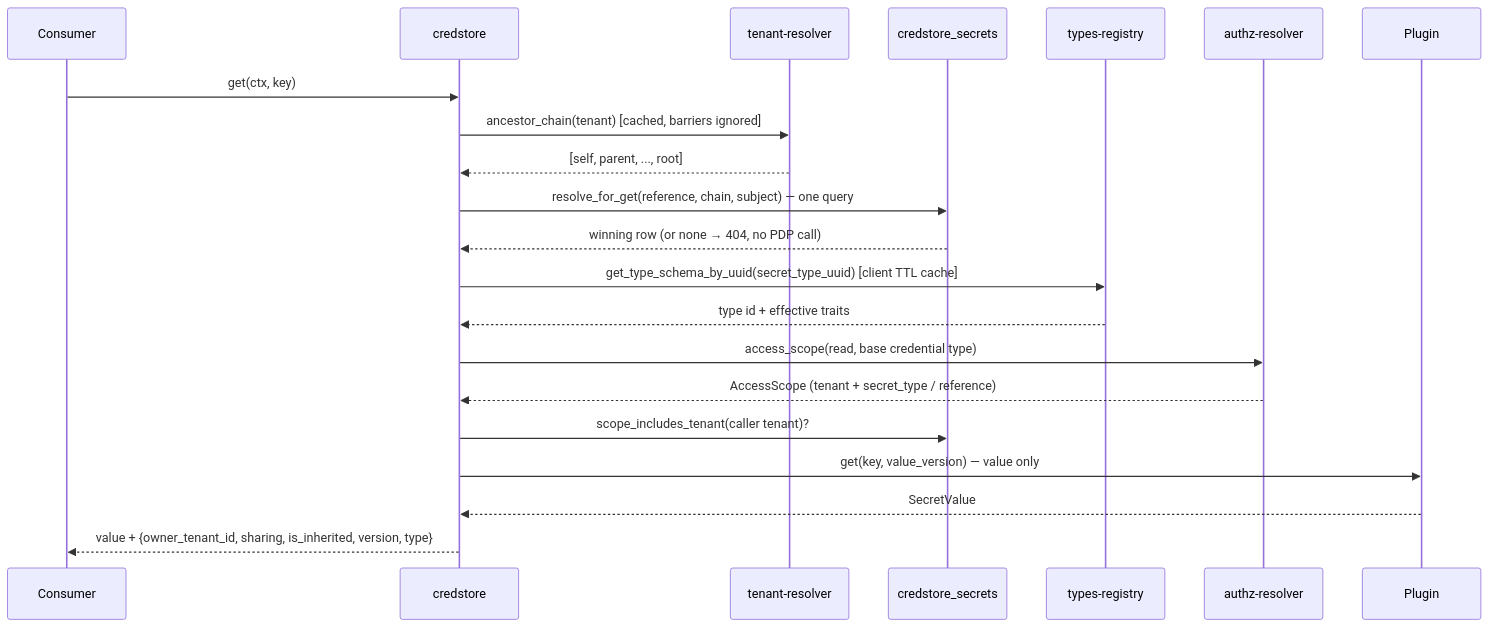
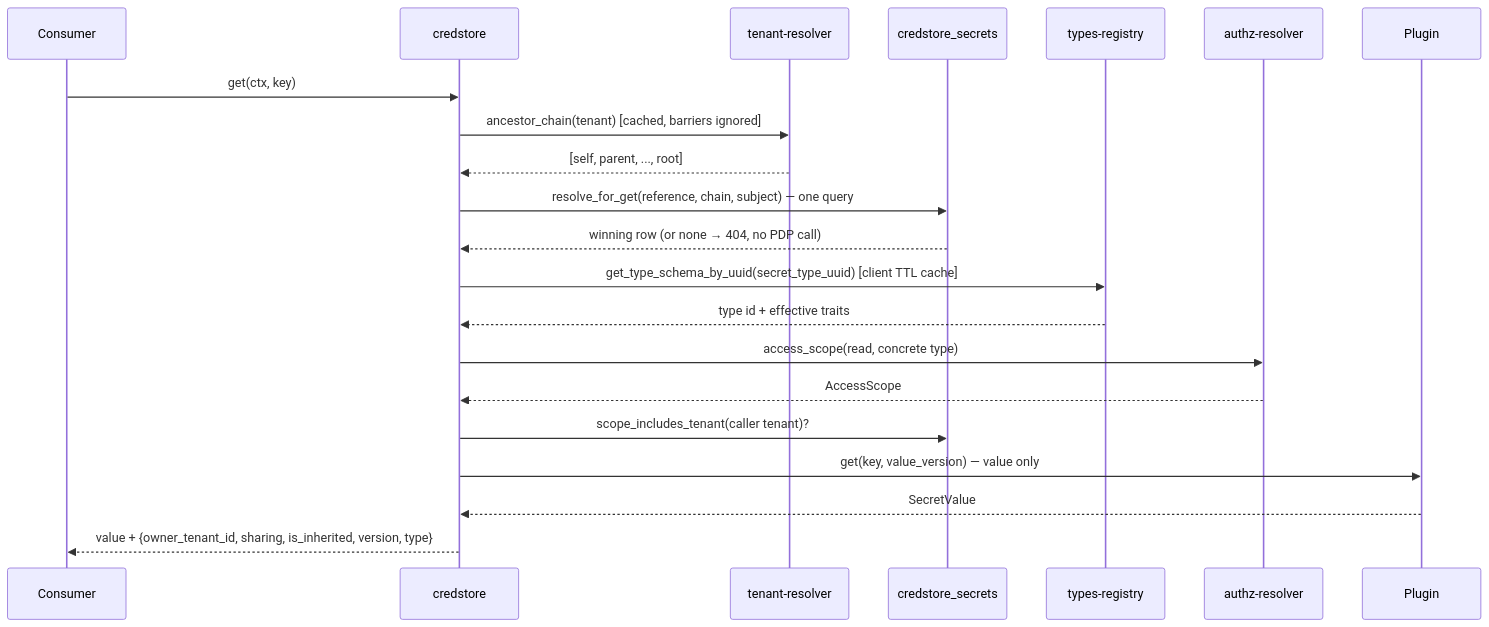
The second of 5 diagrams in gears/credstore/docs/DESIGN.md (constructorfabric/gears-rust), drawn with Mermaid before and after one commit. The commit also changed other lines of this file, not shown here.

Commit message:
docs(credstore): collection read — permitted types clamp step 1, values read with bounded concurrency (ADR-0005, DESIGN §4.4/§4.6/§9)

````diff
--- a/gears/credstore/docs/DESIGN.md
+++ b/gears/credstore/docs/DESIGN.md
@@ -693,24 +687,24 @@
 ```mermaid
 sequenceDiagram
     participant C as Consumer
     participant GW as credstore
     participant TR as tenant-resolver
     participant DB as credstore_secrets
     participant GTS as types-registry
     participant PDP as authz-resolver
     participant P as Plugin
 
     C->>GW: get(ctx, key)
     GW->>TR: ancestor_chain(tenant) [cached, barriers ignored]
     TR-->>GW: [self, parent, ..., root]
     GW->>DB: resolve_for_get(reference, chain, subject) — one query
     DB-->>GW: winning row (or none → 404, no PDP call)
     GW->>GTS: get_type_schema_by_uuid(secret_type_uuid) [client TTL cache]
     GTS-->>GW: type id + effective traits
-    GW->>PDP: access_scope(read, base credential type)
-    PDP-->>GW: AccessScope (tenant + secret_type / reference)
+    GW->>PDP: access_scope(read, concrete type)
+    PDP-->>GW: AccessScope
     GW->>DB: scope_includes_tenant(caller tenant)?
     GW->>P: get(key, value_version) — value only
     P-->>GW: SecretValue
     GW-->>C: value + {owner_tenant_id, sharing, is_inherited, version, type}
 ```
````
